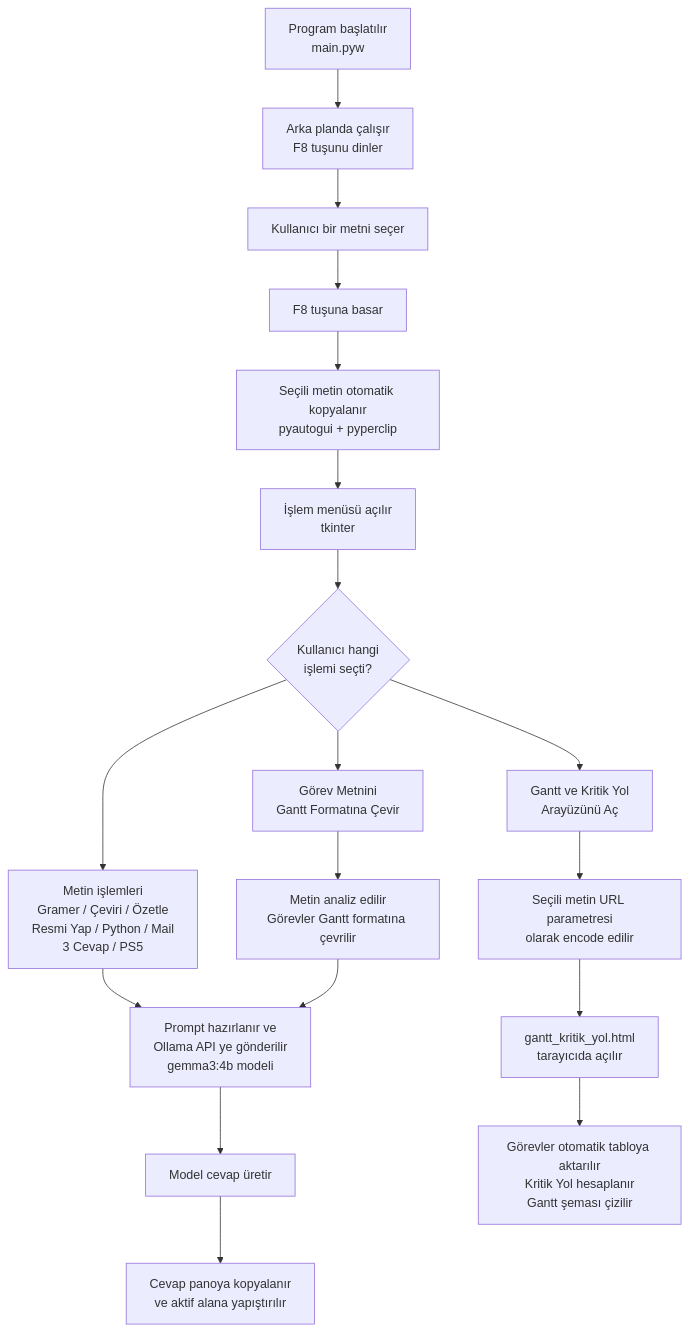
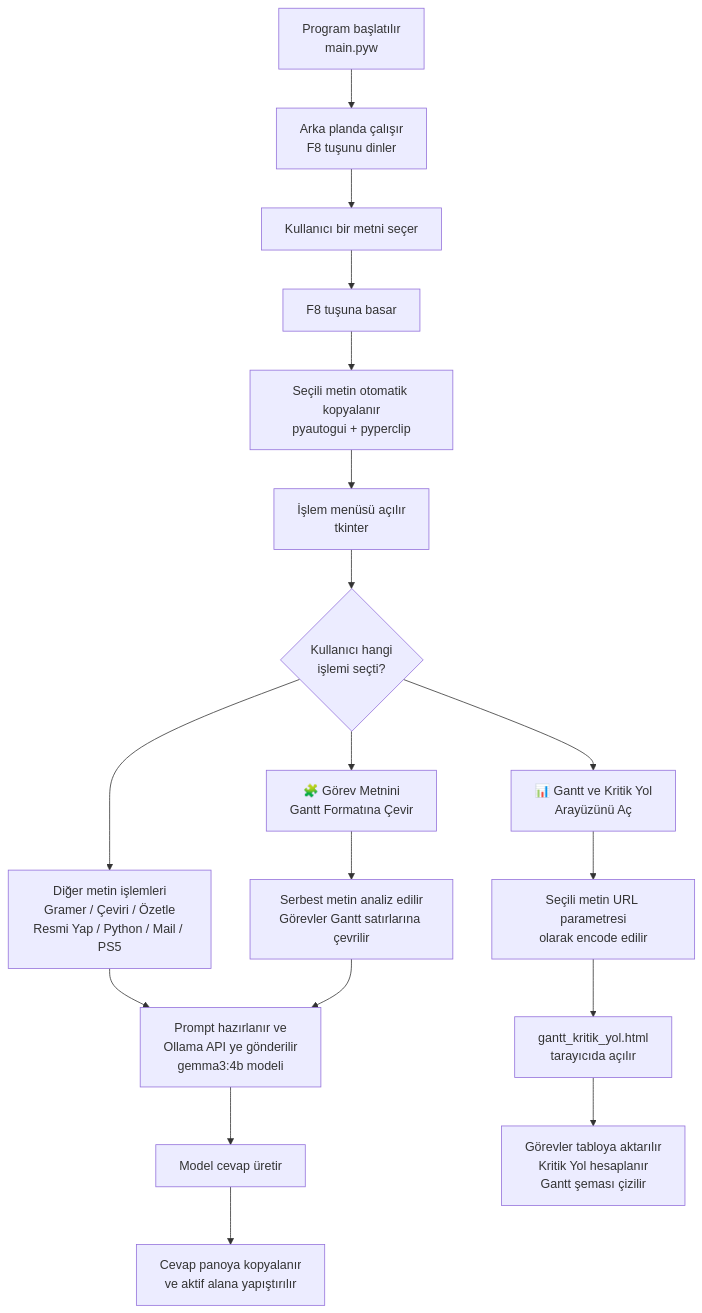
One commit to mertcey/Introduction-to-Data-Visualization-Project-Assignment changed the first of 4 diagrams in README.md. Above: the diagram before and after it, drawn with Mermaid. The commit also changed other lines of this file and 7 other files, not shown here.

````diff
--- a/README.md
+++ b/README.md
@@ -40,24 +40,24 @@
 ```mermaid
 flowchart TD
     A[Program başlatılır\nmain.pyw] --> B[Arka planda çalışır\nF8 tuşunu dinler]
     B --> C[Kullanıcı bir metni seçer]
     C --> D[F8 tuşuna basar]
     D --> E[Seçili metin otomatik kopyalanır\npyautogui + pyperclip]
     E --> F[İşlem menüsü açılır\ntkinter]
     F --> G{Kullanıcı hangi\nişlemi seçti?}
 
-    G --> H[Metin işlemleri\nGramer / Çeviri / Özetle\nResmi Yap / Python / Mail\n3 Cevap / PS5]
-    G --> I[Görev Metnini\nGantt Formatına Çevir]
-    G --> J[Gantt ve Kritik Yol\nArayüzünü Aç]
+    G --> H[Diğer metin işlemleri\nGramer / Çeviri / Özetle\nResmi Yap / Python / Mail / PS5]
+    G --> I[🧩 Görev Metnini\nGantt Formatına Çevir]
+    G --> J[📊 Gantt ve Kritik Yol\nArayüzünü Aç]
 
     H --> K[Prompt hazırlanır ve\nOllama API ye gönderilir\ngemma3:4b modeli]
     K --> L[Model cevap üretir]
     L --> M[Cevap panoya kopyalanır\nve aktif alana yapıştırılır]
 
-    I --> N[Metin analiz edilir\nGörevler Gantt formatına çevrilir]
+    I --> N[Serbest metin analiz edilir\nGörevler Gantt satırlarına çevrilir]
     N --> K
 
     J --> O[Seçili metin URL parametresi\nolarak encode edilir]
     O --> P[gantt_kritik_yol.html\ntarayıcıda açılır]
-    P --> Q[Görevler otomatik tabloya aktarılır\nKritik Yol hesaplanır\nGantt şeması çizilir]
+    P --> Q[Görevler tabloya aktarılır\nKritik Yol hesaplanır\nGantt şeması çizilir]
 ```
````
